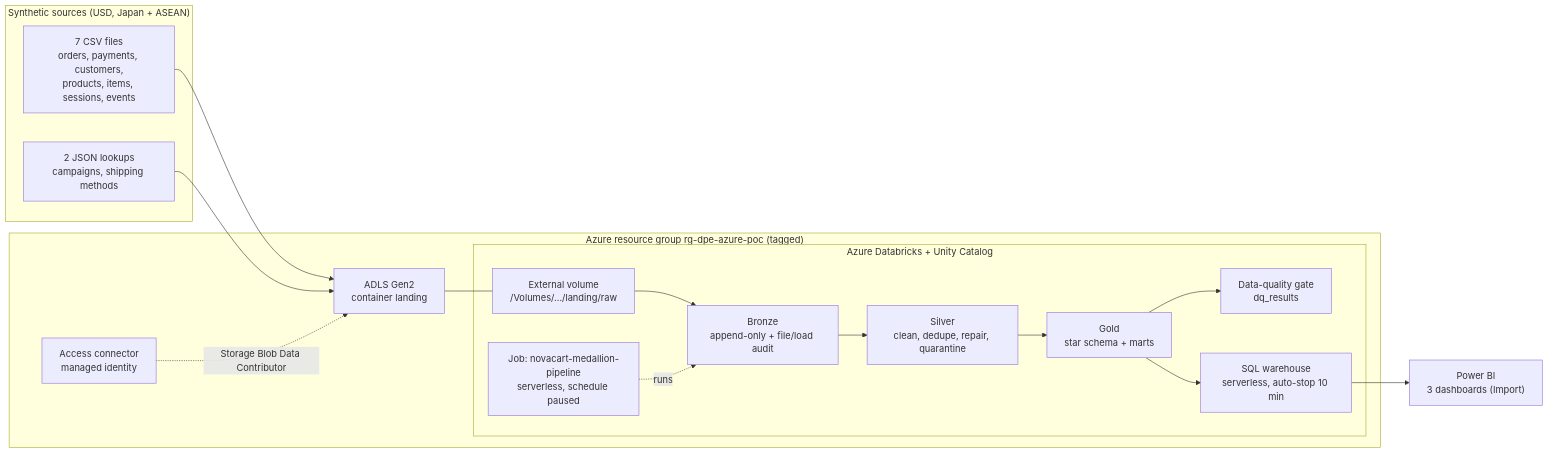
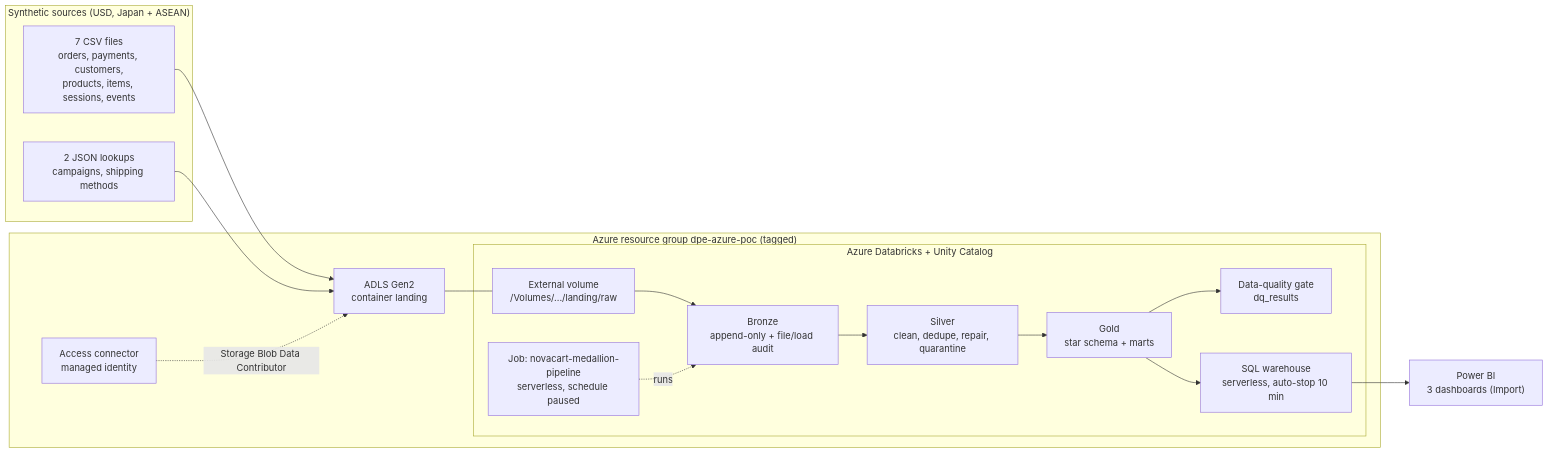
Before and after one commit to SakibulBjit11492/retail_e_commerce: the diagram in docs/architecture.md, drawn with Mermaid. The commit also changed 9 other files, not shown here.

````diff
--- a/docs/architecture.md
+++ b/docs/architecture.md
@@ -3,29 +3,29 @@
 ```mermaid
 flowchart LR
     subgraph Sources["Synthetic sources (USD, Japan + ASEAN)"]
         CSV["7 CSV files<br/>orders, payments, customers,<br/>products, items, sessions, events"]
         JSON["2 JSON lookups<br/>campaigns, shipping methods"]
     end
-    subgraph Azure["Azure resource group rg-dpe-azure-poc (tagged)"]
+    subgraph Azure["Azure resource group dpe-azure-poc (tagged)"]
         ADLS["ADLS Gen2<br/>container landing"]
         subgraph DBX["Azure Databricks + Unity Catalog"]
             VOL["External volume<br/>/Volumes/.../landing/raw"]
             JOB["Job: novacart-medallion-pipeline<br/>serverless, schedule paused"]
             B["Bronze<br/>append-only + file/load audit"]
             S["Silver<br/>clean, dedupe, repair, quarantine"]
             G["Gold<br/>star schema + marts"]
             DQ["Data-quality gate<br/>dq_results"]
             WH["SQL warehouse<br/>serverless, auto-stop 10 min"]
         end
         MI["Access connector<br/>managed identity"]
     end
     PBI["Power BI<br/>3 dashboards (Import)"]
 
     CSV --> ADLS
     JSON --> ADLS
     ADLS --- VOL
     MI -. "Storage Blob Data Contributor" .-> ADLS
     VOL --> B --> S --> G --> DQ
     JOB -. runs .-> B
     G --> WH --> PBI
 ```
````
